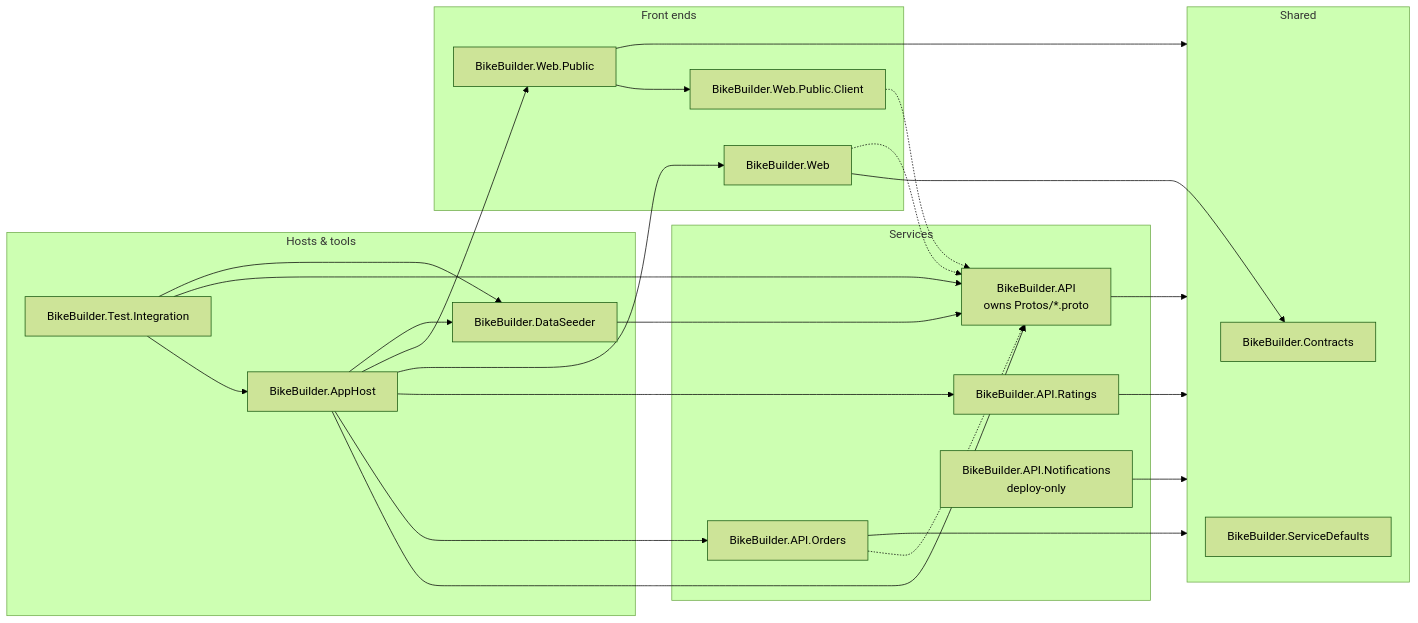
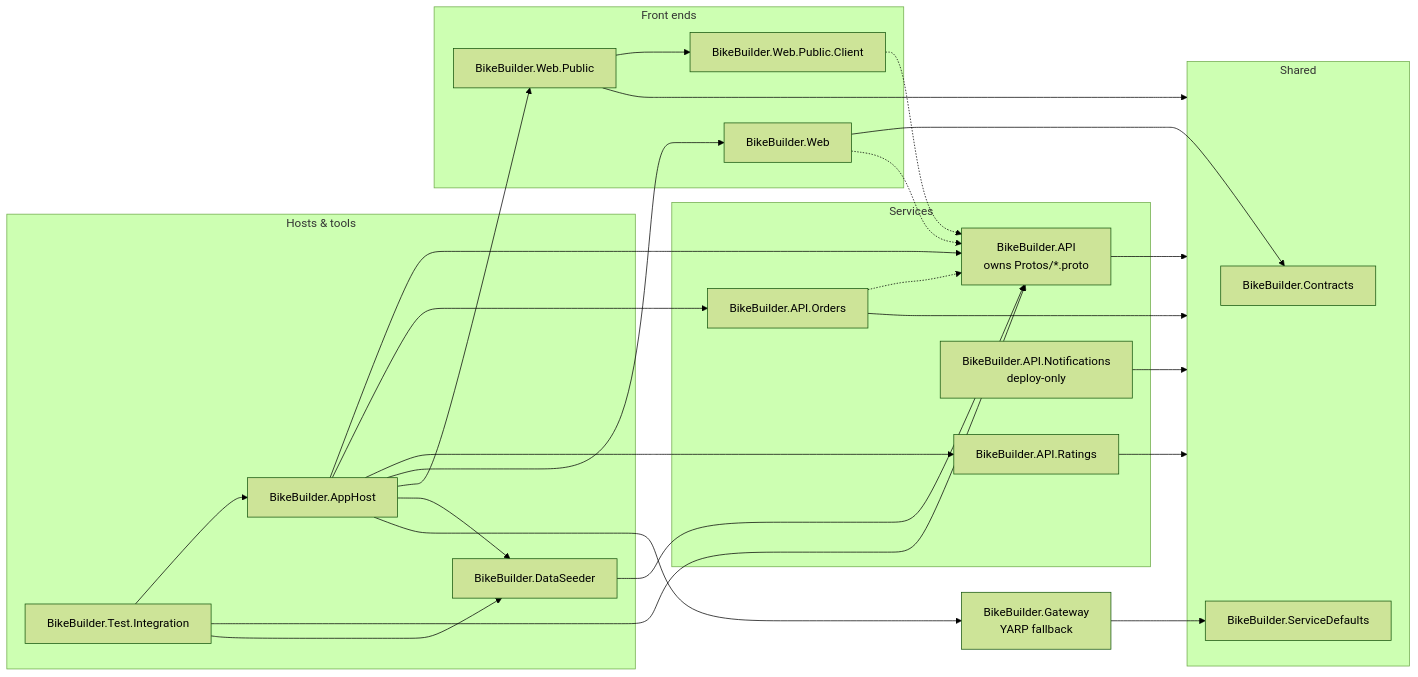
The second of 2 diagrams in README.md (nickshepherd1983/BikeBuilderAspire), drawn with Mermaid (forest theme) before and after one commit. The commit also changed other lines of this file and 25 other files, not shown here.

````diff
--- a/README.md
+++ b/README.md
@@ -86,50 +96,54 @@
 ```mermaid
 flowchart LR
     subgraph roots["Hosts &amp; tools"]
         apphost["BikeBuilder.AppHost"]
         tests["BikeBuilder.Test.Integration"]
         seeder["BikeBuilder.DataSeeder"]
     end
 
     subgraph services["Services"]
         api["BikeBuilder.API<br/>owns Protos/*.proto"]
         orders["BikeBuilder.API.Orders"]
         ratings["BikeBuilder.API.Ratings"]
         notifications["BikeBuilder.API.Notifications<br/>deploy-only"]
     end
 
     subgraph frontends["Front ends"]
         web["BikeBuilder.Web"]
         webpublic["BikeBuilder.Web.Public"]
         client["BikeBuilder.Web.Public.Client"]
     end
 
+    gateway["BikeBuilder.Gateway<br/>YARP fallback"]
+
     subgraph shared["Shared"]
         contracts["BikeBuilder.Contracts"]
         defaults["BikeBuilder.ServiceDefaults"]
     end
 
     api --> shared
     orders --> shared
     ratings --> shared
     notifications --> shared
     webpublic --> shared
+    gateway --> defaults
     web --> contracts
 
     webpublic --> client
     seeder --> api
 
     apphost --> api
     apphost --> orders
     apphost --> ratings
     apphost --> web
     apphost --> webpublic
     apphost --> seeder
+    apphost --> gateway
     tests --> apphost
     tests --> api
     tests --> seeder
 
     orders -.-> api
     web -.-> api
     client -.-> api
 ```
````
